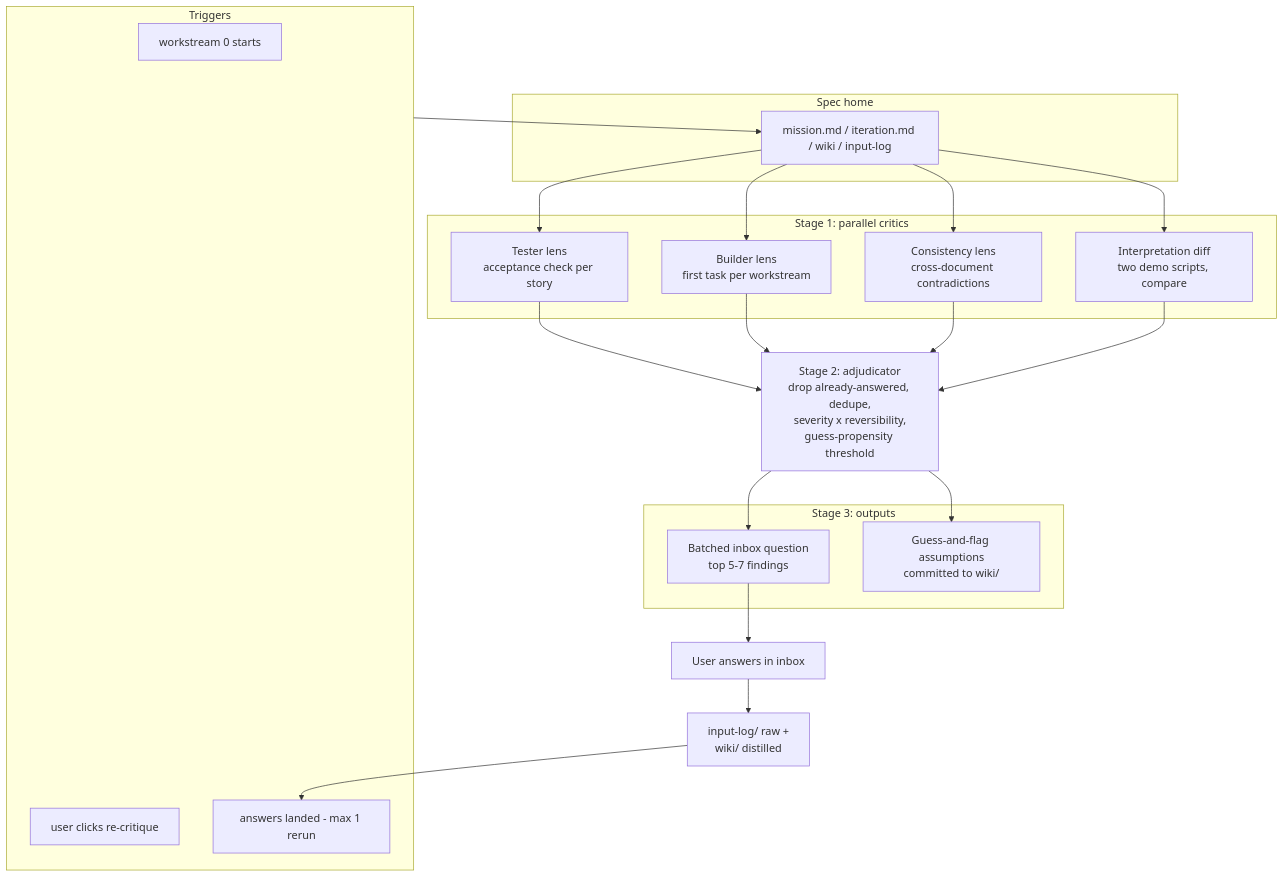
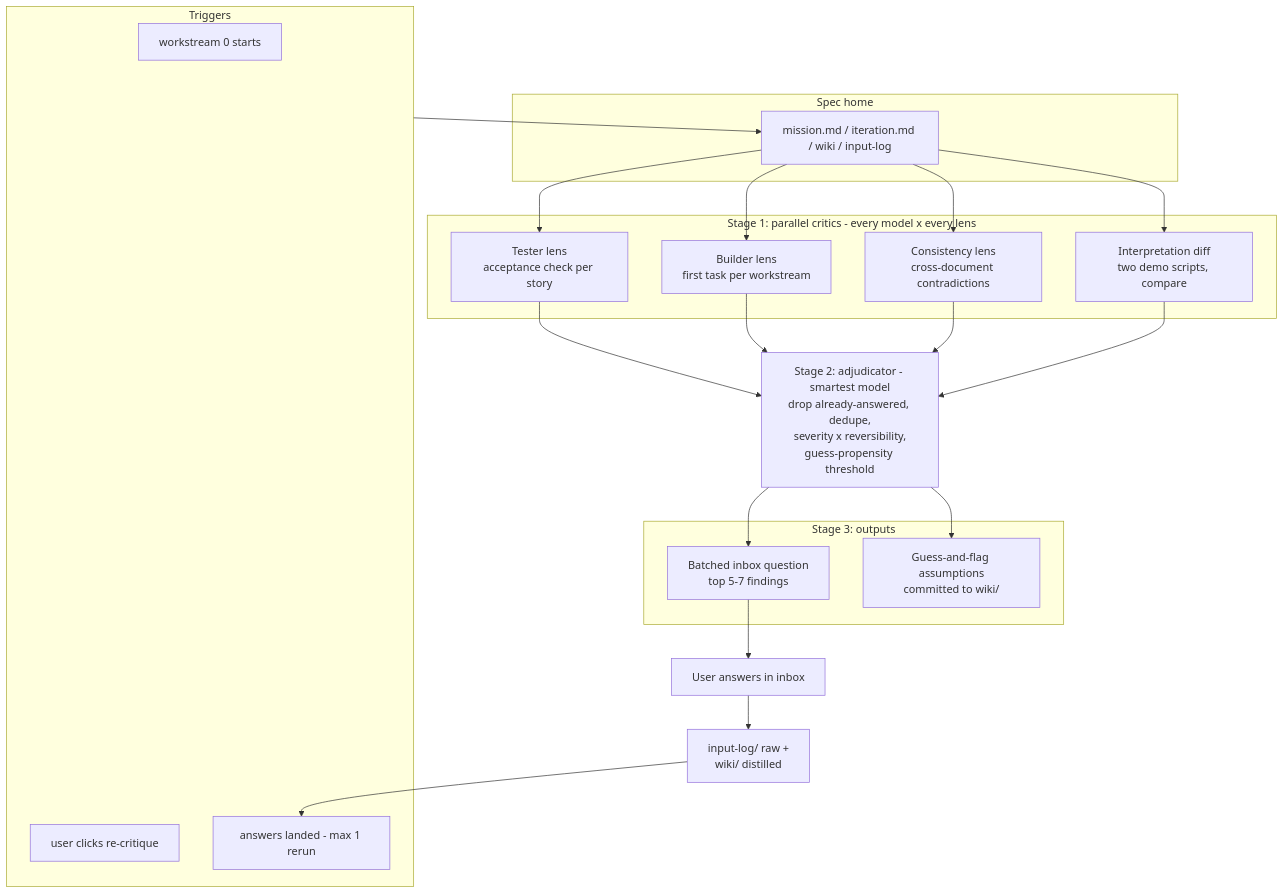
The diagram in wiki/spec-critique.md (ikamensh/hive), drawn with Mermaid before and after one commit. The commit also changed other lines of this file and 12 other files, not shown here.

````diff
--- a/wiki/spec-critique.md
+++ b/wiki/spec-critique.md
@@ -30,35 +32,35 @@
 ```mermaid
 flowchart TD
     subgraph triggers [Triggers]
         T1[workstream 0 starts]
         T2[user clicks re-critique]
         T3[answers landed - max 1 rerun]
     end
 
     subgraph spec [Spec home]
         S1[mission.md / iteration.md / wiki / input-log]
     end
 
-    subgraph critics [Stage 1: parallel critics]
+    subgraph critics [Stage 1: parallel critics - every model x every lens]
         C1[Tester lens<br/>acceptance check per story]
         C2[Builder lens<br/>first task per workstream]
         C3[Consistency lens<br/>cross-document contradictions]
         C4[Interpretation diff<br/>two demo scripts, compare]
     end
 
-    A[Stage 2: adjudicator<br/>drop already-answered, dedupe,<br/>severity x reversibility,<br/>guess-propensity threshold]
+    A[Stage 2: adjudicator - smartest model<br/>drop already-answered, dedupe,<br/>severity x reversibility,<br/>guess-propensity threshold]
 
     subgraph out [Stage 3: outputs]
         O1[Batched inbox question<br/>top 5-7 findings]
         O2[Guess-and-flag assumptions<br/>committed to wiki/]
     end
 
     U[User answers in inbox] --> L[input-log/ raw +<br/>wiki/ distilled]
 
     triggers --> S1
     S1 --> C1 & C2 & C3 & C4
     C1 & C2 & C3 & C4 --> A
     A --> O1 & O2
     O1 --> U
     L --> T3
 ```
````
